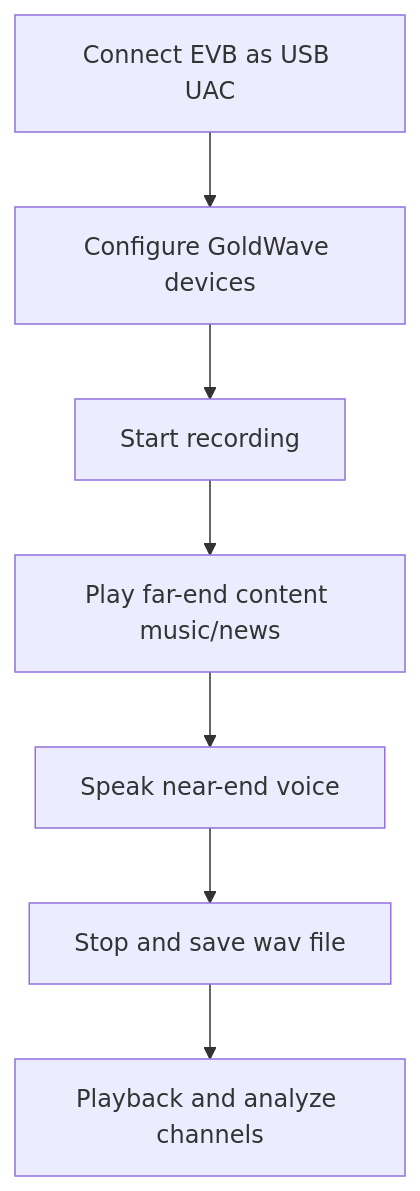
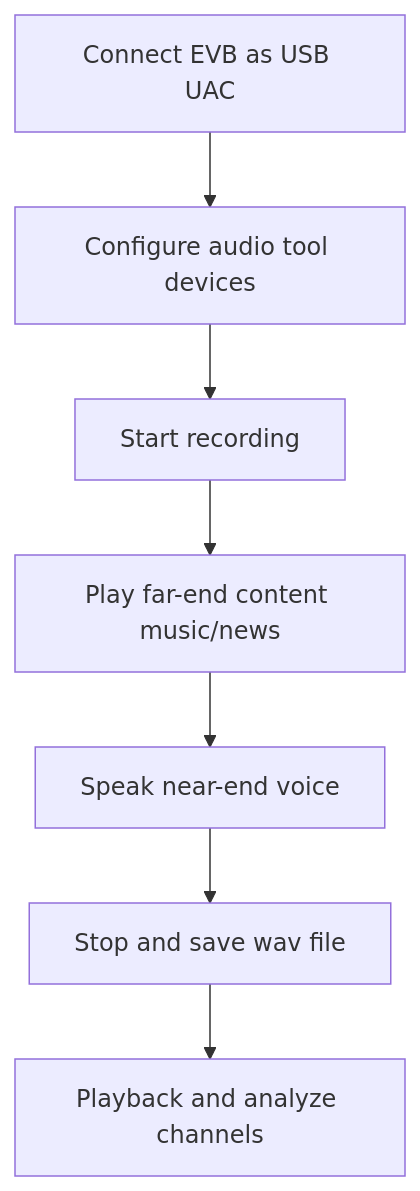
The second of 2 diagrams in index.md (released/slide_Nuvoton_AEC_NR_operation), drawn with Mermaid before and after one commit. The commit also changed other lines of this file and 9 other files, not shown here.

````diff
--- a/index.md
+++ b/index.md
@@ -245,9 +334,9 @@
 ```mermaid
 flowchart TD
-    A[Connect EVB as USB UAC] --> B[Configure GoldWave devices]
+    A[Connect EVB as USB UAC] --> B[Configure audio tool devices]
     B --> C[Start recording]
     C --> D[Play far-end content music/news]
     D --> E[Speak near-end voice]
     E --> F[Stop and save wav file]
     F --> G[Playback and analyze channels]
 ```
````
